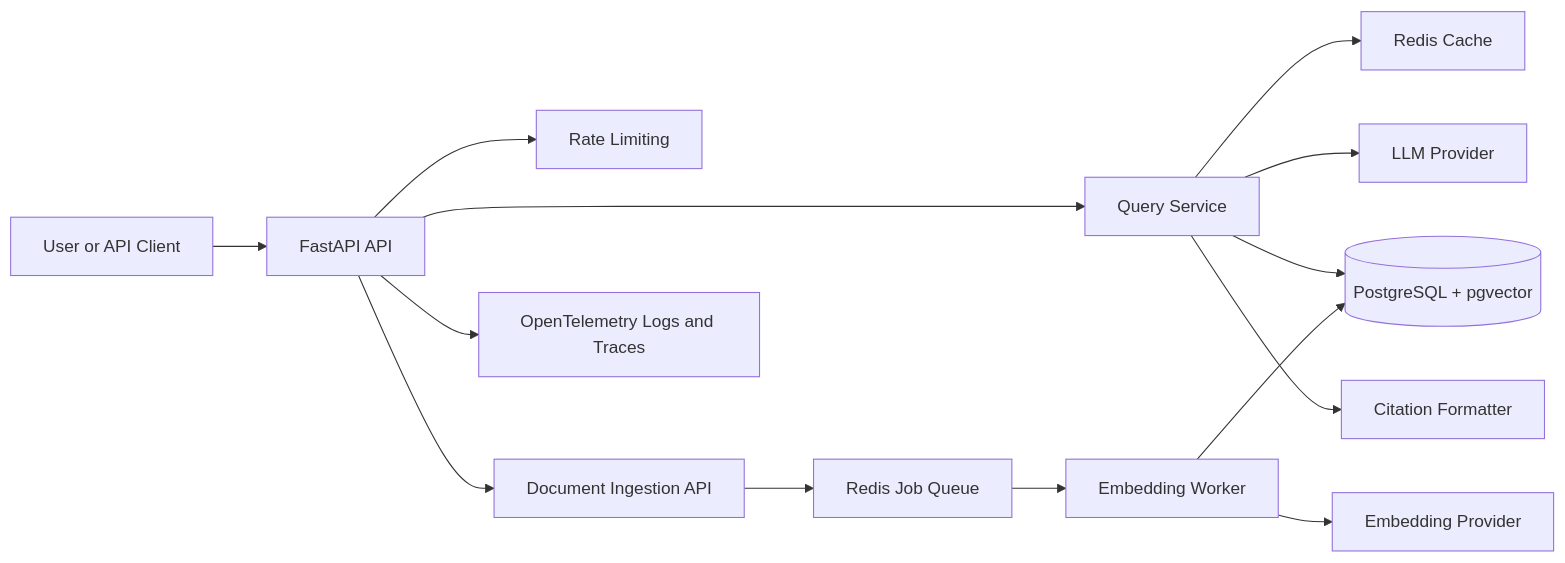
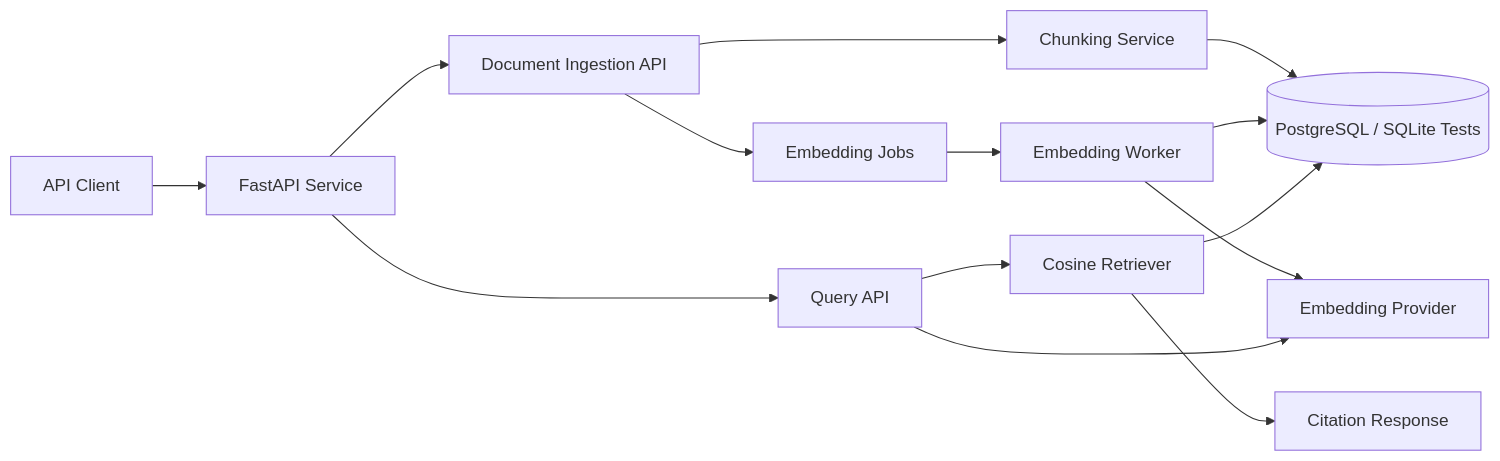
The diagram in README.md (Zayedkz/ai-knowledgeops-platform), drawn with Mermaid before and after one commit. The commit also changed other lines of this file, not shown here.

````diff
--- a/README.md
+++ b/README.md
@@ -13,16 +21,16 @@
 ```mermaid
 flowchart LR
-    User[User or API Client] --> API[FastAPI API]
-    API --> RateLimit[Rate Limiting]
-    API --> Query[Query Service]
-    API --> Ingest[Document Ingestion API]
-    Ingest --> Queue[Redis Job Queue]
-    Queue --> Worker[Embedding Worker]
-    Worker --> Embed[Embedding Provider]
-    Worker --> DB[(PostgreSQL + pgvector)]
-    Query --> Cache[Redis Cache]
-    Query --> DB
-    Query --> LLM[LLM Provider]
-    Query --> Citations[Citation Formatter]
-    API --> OTel[OpenTelemetry Logs and Traces]
+    Client[API Client] --> API[FastAPI Service]
+    API --> Documents[Document Ingestion API]
+    API --> Query[Query API]
+    Documents --> Chunker[Chunking Service]
+    Chunker --> DB[(PostgreSQL / SQLite Tests)]
+    Documents --> Jobs[Embedding Jobs]
+    Jobs --> Worker[Embedding Worker]
+    Worker --> Provider[Embedding Provider]
+    Worker --> DB
+    Query --> Provider
+    Query --> Retriever[Cosine Retriever]
+    Retriever --> DB
+    Retriever --> Citations[Citation Response]
 ```
````
